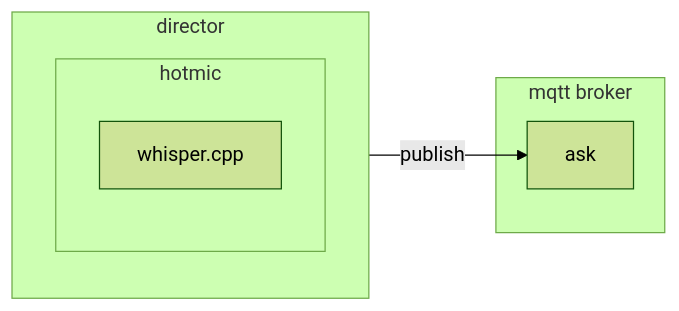
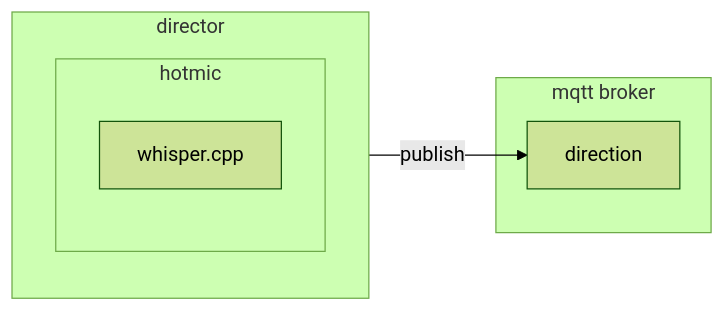
The fourth of 6 diagrams in README.md (deadprogram/talkingheads), drawn with Mermaid (forest theme) before and after one commit. The commit also changed other lines of this file and 9 other files, not shown here.

````diff
--- a/README.md
+++ b/README.md
@@ -97,13 +97,13 @@
 ```mermaid
 flowchart LR
 subgraph mqtt broker
-    ask
+    direction
 end
 subgraph director
     hotmic
 end
 subgraph hotmic
     whisper.cpp
 end
-director -- publish --> ask
+director -- publish --> direction
 ```
````
